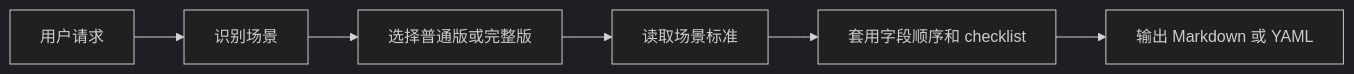
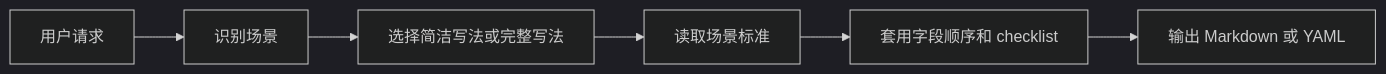
One commit to PINKIIILQWQ/oh-my-gh-writing changed the diagram in README.md. Above: the diagram before and after it, drawn with Mermaid (dark theme). The commit also changed other lines of this file and 40 other files, not shown here.

````diff
--- a/README.md
+++ b/README.md
@@ -119,8 +119,8 @@
 ```mermaid
 flowchart LR
   A["用户请求"] --> B["识别场景"]
-  B --> C["选择普通版或完整版"]
+  B --> C["选择简洁写法或完整写法"]
   C --> D["读取场景标准"]
   D --> E["套用字段顺序和 checklist"]
   E --> F["输出 Markdown 或 YAML"]
 ```
````
